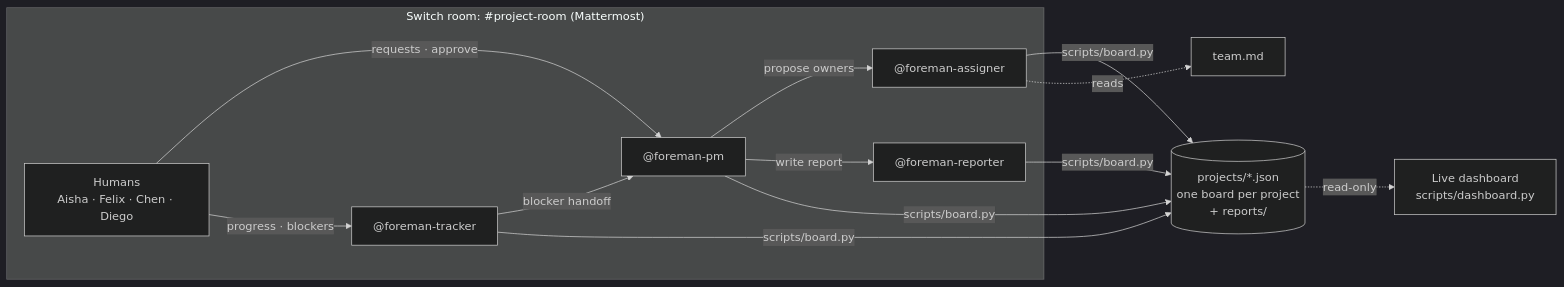
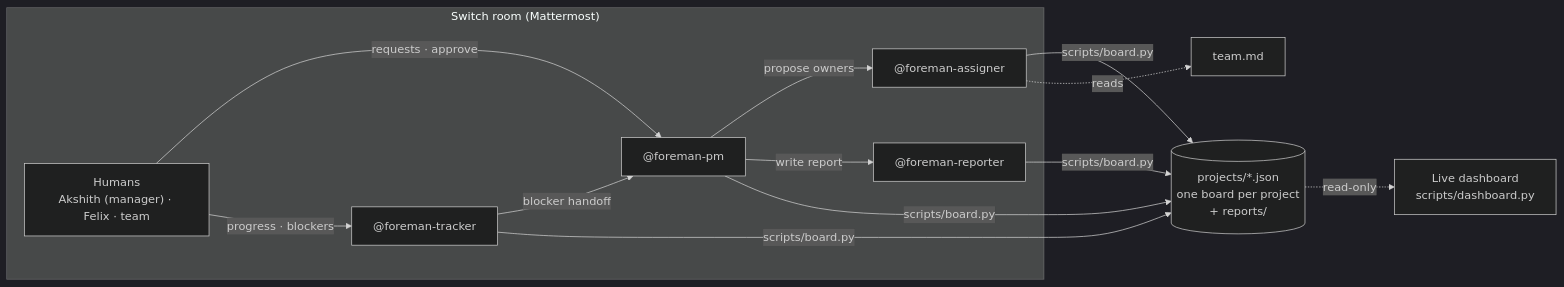
One commit to akshith-07/foreman-ai-pm changed the diagram in README.md. Above: the diagram before and after it, drawn with Mermaid (dark theme). The commit also changed other lines of this file and 4 other files, not shown here.

````diff
--- a/README.md
+++ b/README.md
@@ -98,18 +111,18 @@
 ```mermaid
 flowchart LR
-  subgraph Room["Switch room: #project-room (Mattermost)"]
-    H["Humans<br/>Aisha · Felix · Chen · Diego"]
+  subgraph Room["Switch room (Mattermost)"]
+    H["Humans<br/>Akshith (manager) · Felix · team"]
     PM["@foreman-pm"]
     AS["@foreman-assigner"]
     TR["@foreman-tracker"]
     RP["@foreman-reporter"]
   end
   H -- "requests · approve" --> PM
   H -- "progress · blockers" --> TR
   PM -- "propose owners" --> AS
   TR -- "blocker handoff" --> PM
   PM -- "write report" --> RP
   PM & AS & TR & RP -- "scripts/board.py" --> B[("projects/*.json<br/>one board per project<br/>+ reports/")]
   B -. "read-only" .-> D["Live dashboard<br/>scripts/dashboard.py"]
   AS -. reads .-> T["team.md"]
 ```
````
